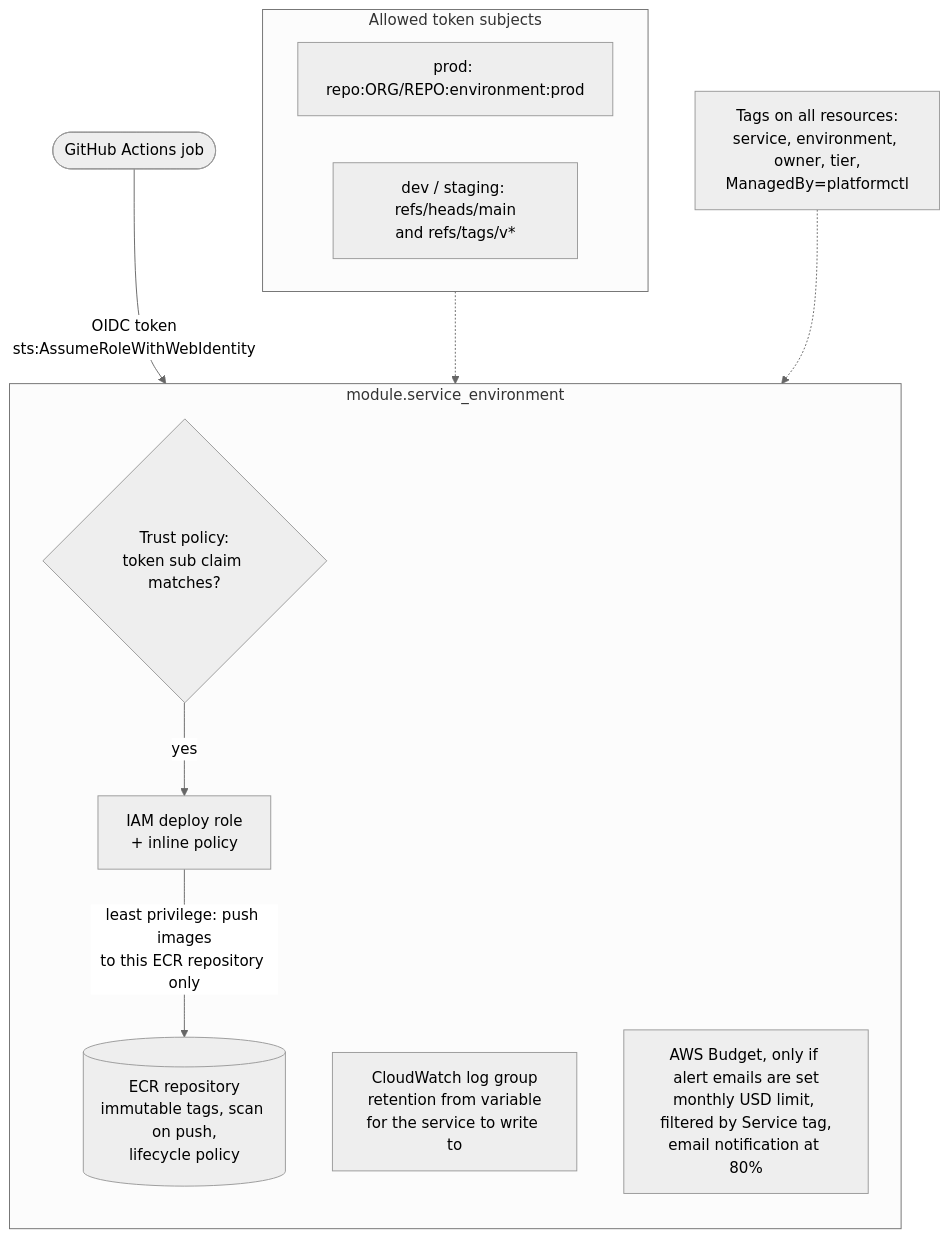
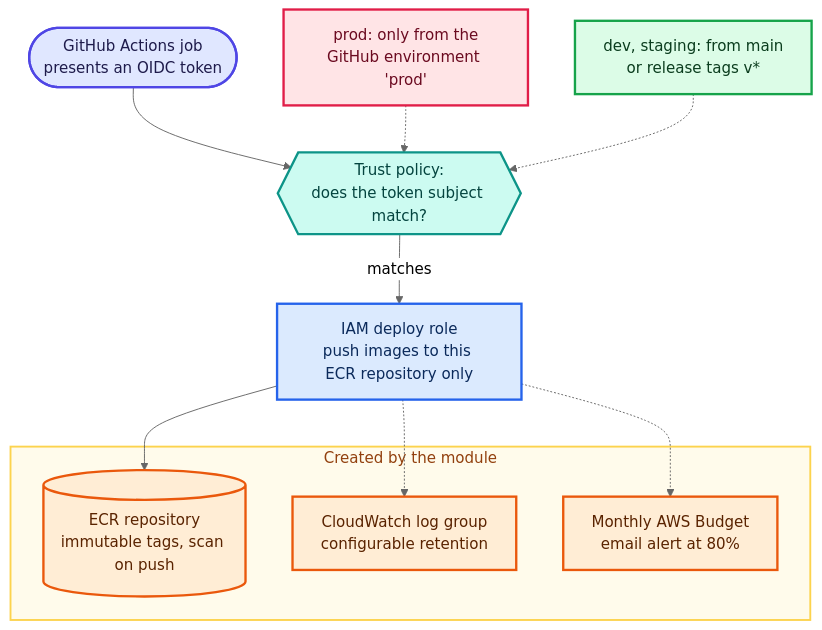
The diagram in projects/self-service-platform/docs/schematics/04-terraform-module.mmd (Joxejaime/Projects-2026), drawn with Mermaid (neutral theme) before and after one commit. The commit also changed 62 other files, not shown here.

First line of the commit message:
Colour the schematics and add LinkedIn cards and carousels

```diff
--- a/projects/self-service-platform/docs/schematics/04-terraform-module.mmd
+++ b/projects/self-service-platform/docs/schematics/04-terraform-module.mmd
@@ -1,23 +1,37 @@
 %% title: Terraform service-environment module
-%% caption: terraform/modules/service-environment. One module call per service and environment (generated by platformctl env add). The deploy role trusts GitHub's OIDC provider, so there are no long-lived AWS keys; prod can only be assumed from a GitHub environment (which can require reviewers), lower environments from main or release tags. Written and statically reviewed, not applied.
+%% headline: Deploying with no long-lived AWS keys
+%% takeaway: A GitHub OIDC role scoped to one ECR repository, with prod locked to a reviewed environment.
+%% legend: entry=GitHub job,guard=Trust check,app=Deploy role,cloud=AWS resource,alert=Prod subject,ok=Dev and staging subject
+%% caption: terraform/modules/service-environment. One module call per service and environment (generated by platformctl env add). The deploy role trusts GitHub's OIDC provider, so there are no long-lived AWS keys; prod can only be assumed from a GitHub environment (which can require reviewers), lower environments from main or release tags. All resources carry service, environment, owner, tier and ManagedBy tags. The budget is created only when alert emails are set. Written and statically reviewed, not applied.
 flowchart TB
-    gh(["GitHub Actions job"]) -->|"OIDC token<br/>sts:AssumeRoleWithWebIdentity"| trust
+    gh(["GitHub Actions job<br/>presents an OIDC token"])
+    prod["prod: only from the<br/>GitHub environment 'prod'"]
+    low["dev, staging: from main<br/>or release tags v*"]
+    trust{{"Trust policy:<br/>does the token subject match?"}}
+    role["IAM deploy role<br/>push images to this ECR repository only"]
+    subgraph res["Created by the module"]
+        ecr[("ECR repository<br/>immutable tags, scan on push")]
+        logs["CloudWatch log group<br/>configurable retention"]
+        budget["Monthly AWS Budget<br/>email alert at 80%"]
+    end
+    gh --> trust
+    prod -.-> trust
+    low -.-> trust
+    trust -- matches --> role
+    role --> ecr
+    role -.-> logs
+    role -.-> budget
 
-    subgraph mod["module.service_environment"]
-        direction TB
-        trust{"Trust policy:<br/>token sub claim matches?"}
-        role["IAM deploy role<br/>+ inline policy"]
-        ecr[("ECR repository<br/>immutable tags, scan on push,<br/>lifecycle policy")]
-        logs["CloudWatch log group<br/>retention from variable<br/>for the service to write to"]
-        budget["AWS Budget, only if alert emails are set<br/>monthly USD limit, filtered by Service tag,<br/>email notification at 80%"]
-        trust -- yes --> role
-    end
-
-    subgraph subs["Allowed token subjects"]
-        prod["prod: repo:ORG/REPO:environment:prod"]
-        low["dev / staging: refs/heads/main<br/>and refs/tags/v*"]
-    end
-    subs -.-> trust
-
-    role -->|"least privilege: push images<br/>to this ECR repository only"| ecr
-    tags["Tags on all resources:<br/>service, environment, owner, tier,<br/>ManagedBy=platformctl"] -.-> mod
+    classDef entry fill:#E0E7FF,stroke:#4F46E5,stroke-width:2.5px,color:#1E1B4B
+    classDef app fill:#DBEAFE,stroke:#2563EB,stroke-width:2.5px,color:#0B2A5B
+    classDef guard fill:#CCFBF1,stroke:#0D9488,stroke-width:2.5px,color:#04443F
+    classDef alert fill:#FFE4E6,stroke:#E11D48,stroke-width:2.5px,color:#6B0A20
+    classDef ok fill:#DCFCE7,stroke:#16A34A,stroke-width:2.5px,color:#0B3D1E
+    classDef cloud fill:#FFEDD5,stroke:#EA580C,stroke-width:2.5px,color:#5A2300
+    class gh entry
+    class trust guard
+    class role app
+    class ecr,logs,budget cloud
+    class prod alert
+    class low ok
+    style res fill:#FFFBEB,stroke:#FCD34D,stroke-width:2px,color:#92400E
```
